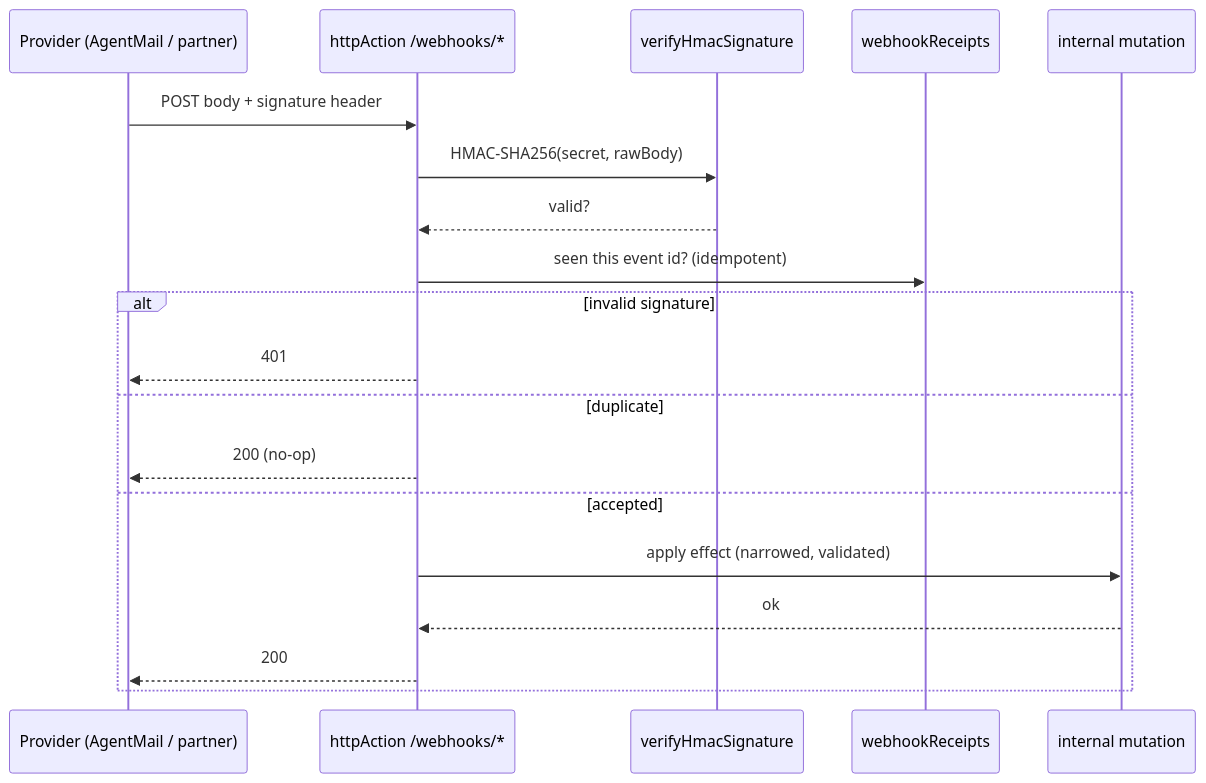
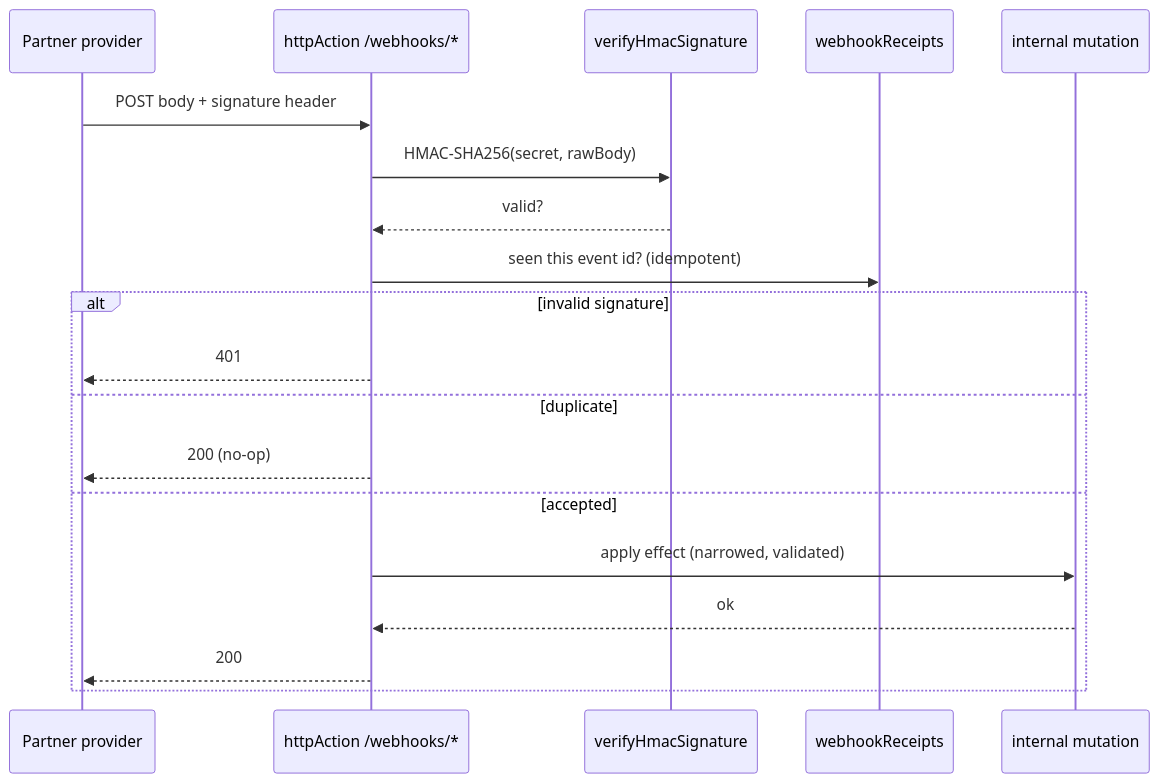
Before and after one commit to treasure567/stepfree: the fourth of 6 diagrams in docs/architecture.md, drawn with Mermaid. The commit also changed other lines of this file and 9 other files, not shown here.

First line of the commit message:
docs: reflect live AgentMail SMTP delivery, refresh judge doc and launch assets

````diff
--- a/docs/architecture.md
+++ b/docs/architecture.md
@@ -85,22 +86,22 @@
 ```mermaid
 sequenceDiagram
-    participant Ext as Provider (AgentMail / partner)
+    participant Ext as Partner provider
     participant H as httpAction /webhooks/*
     participant V as verifyHmacSignature
     participant R as webhookReceipts
     participant M as internal mutation
 
     Ext->>H: POST body + signature header
     H->>V: HMAC-SHA256(secret, rawBody)
     V-->>H: valid?
     H->>R: seen this event id? (idempotent)
     alt invalid signature
         H-->>Ext: 401
     else duplicate
         H-->>Ext: 200 (no-op)
     else accepted
         H->>M: apply effect (narrowed, validated)
         M-->>H: ok
         H-->>Ext: 200
     end
 ```
````
